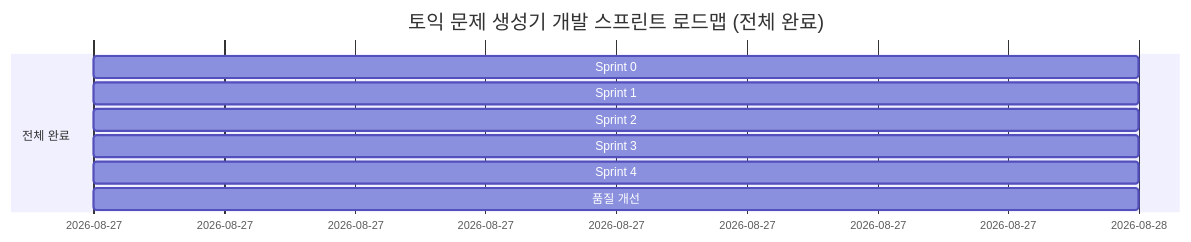
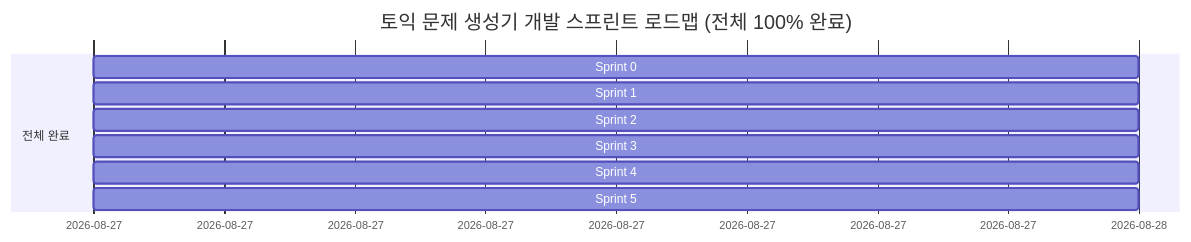
The diagram in docs/DEVELOPMENT_PLAN.md (sjhyyo-ux/test), drawn with Mermaid before and after one commit. The commit also changed other lines of this file and 4 other files, not shown here.

````diff
--- a/docs/DEVELOPMENT_PLAN.md
+++ b/docs/DEVELOPMENT_PLAN.md
@@ -40,12 +39,12 @@
 ```mermaid
 gantt
-    title 토익 문제 생성기 개발 스프린트 로드맵 (전체 완료)
+    title 토익 문제 생성기 개발 스프린트 로드맵 (전체 100% 완료)
     dateFormat  YYYY-MM-DD
     section 전체 완료
     Sprint 0: 환경 설정 및 타입/스키마 동기화    :done, 2026-08-27, 1d
     Sprint 1: AI 엔진 연동 및 프롬프트 파이프라인 :done, 2026-08-27, 1d
     Sprint 2: 검증 파이프라인 및 예외 처리(EX 1~12):done, 2026-08-27, 1d
     Sprint 3: UI/UX 인터랙션 고도화 및 상태 완성  :done, 2026-08-27, 1d
     Sprint 4: 35개 케이스 전수 검증 및 품질 최적화 :done, 2026-08-27, 1d
-    품질 개선: 가짜 단어/무작위 문자열 차단 가드레일:done, 2026-08-27, 1d
+    Sprint 5: 하이브리드 문제은행 & CoT Judge 구축:done, 2026-08-27, 1d
 ```
````
